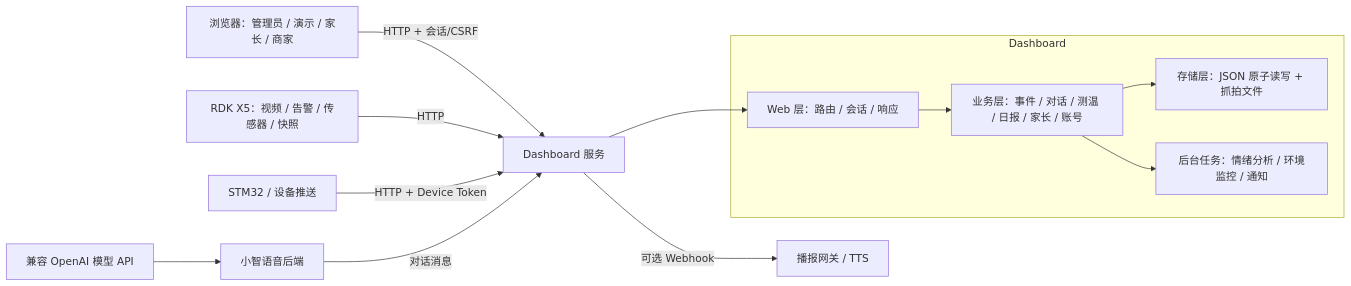
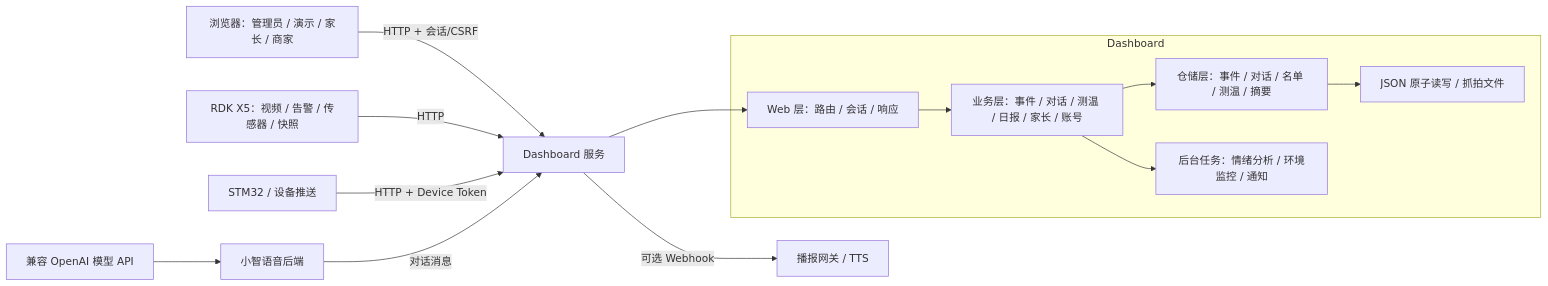
The second of 3 diagrams in docs/ARCHITECTURE.md (2796923149akeman-jpg/tongyu-zhishu), drawn with Mermaid before and after one commit. The commit also changed other lines of this file and 13 other files, not shown here.

````diff
--- a/docs/ARCHITECTURE.md
+++ b/docs/ARCHITECTURE.md
@@ -23,18 +23,19 @@
 ```mermaid
 flowchart LR
     U[浏览器：管理员 / 演示 / 家长 / 商家] -->|HTTP + 会话/CSRF| D[Dashboard 服务]
     RDK[RDK X5：视频 / 告警 / 传感器 / 快照] -->|HTTP| D
     DEV[STM32 / 设备推送] -->|HTTP + Device Token| D
     XZ[小智语音后端] -->|对话消息| D
     M[兼容 OpenAI 模型 API] --> XZ
     D -->|可选 Webhook| N[播报网关 / TTS]
 
     subgraph Dashboard
       W[Web 层：路由 / 会话 / 响应]
       S[业务层：事件 / 对话 / 测温 / 日报 / 家长 / 账号]
-      R[存储层：JSON 原子读写 + 抓拍文件]
+      R[仓储层：事件 / 对话 / 名单 / 测温 / 摘要]
+      F[JSON 原子读写 / 抓拍文件]
       J[后台任务：情绪分析 / 环境监控 / 通知]
     end
-    D --> W --> S --> R
+    D --> W --> S --> R --> F
     S --> J
 ```
````
